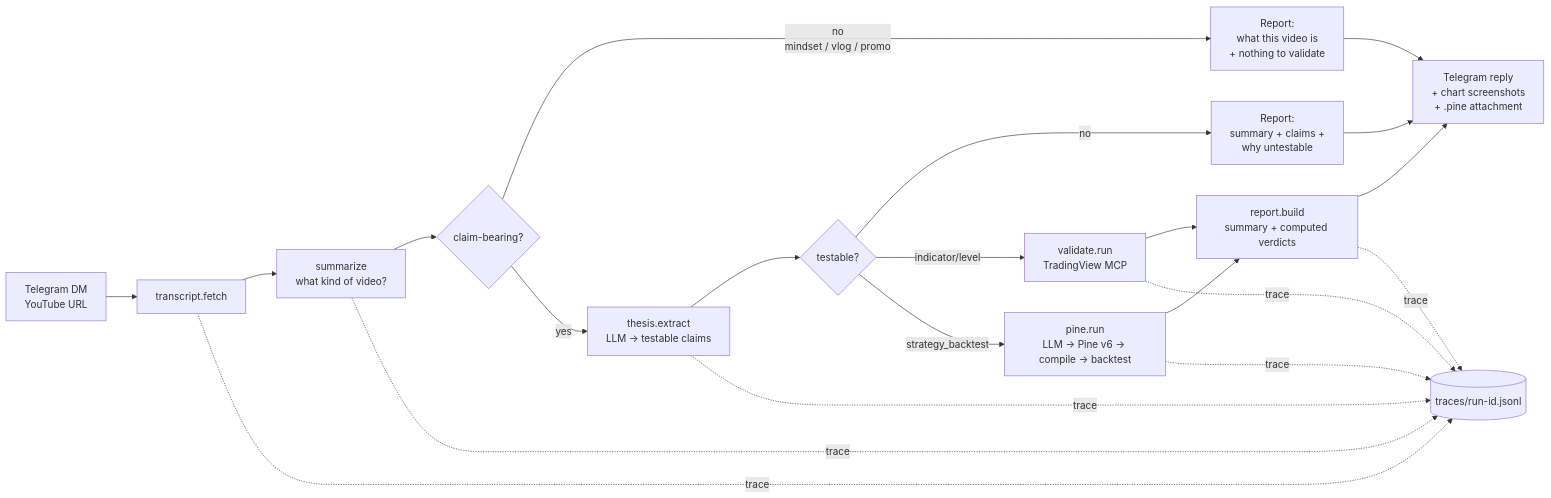
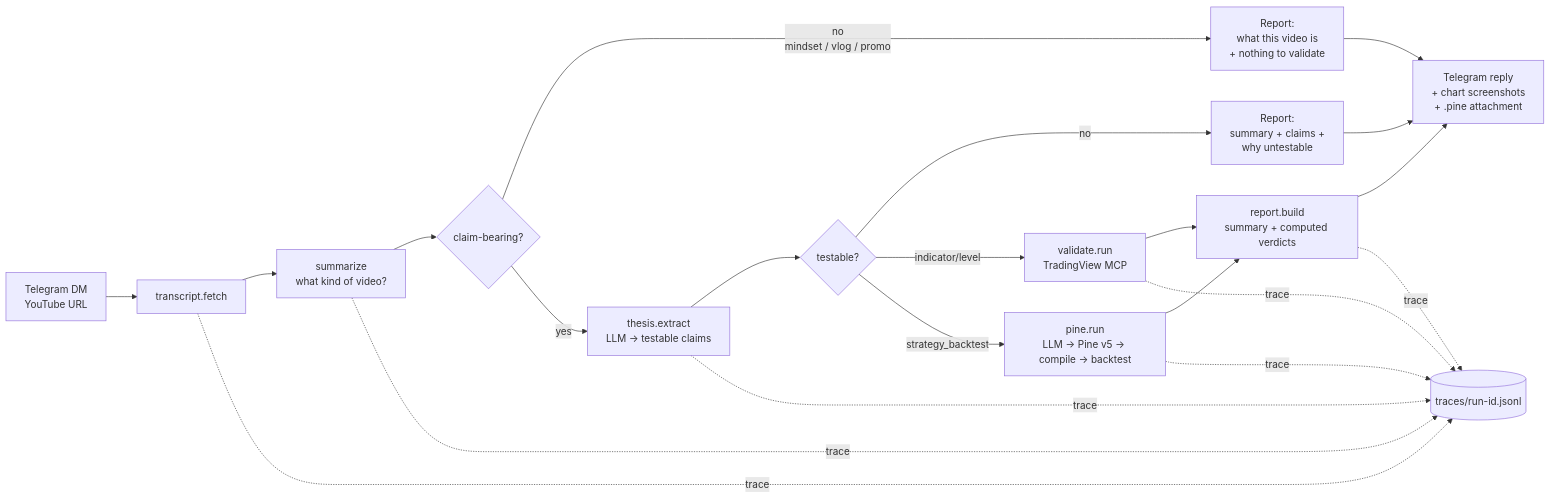
One commit to rsipavan/agent-research-lab changed the diagram in README.md. Above: the diagram before and after it, drawn with Mermaid. The commit also changed other lines of this file, not shown here.

````diff
--- a/README.md
+++ b/README.md
@@ -94,23 +121,23 @@
 ```mermaid
 flowchart LR
     A[Telegram DM<br/>YouTube URL] --> B[transcript.fetch]
     B --> S[summarize<br/>what kind of video?]
     S --> D0{claim-bearing?}
     D0 -- no<br/>mindset / vlog / promo --> R1[Report:<br/>what this video is<br/>+ nothing to validate]
     D0 -- yes --> C[thesis.extract<br/>LLM → testable claims]
     C --> D{testable?}
     D -- no --> R2[Report:<br/>summary + claims +<br/>why untestable]
     D -- indicator/level --> E[validate.run<br/>TradingView MCP]
-    D -- strategy_backtest --> P[pine.run<br/>LLM → Pine v6 → compile → backtest]
+    D -- strategy_backtest --> P[pine.run<br/>LLM → Pine v5 → compile → backtest]
     E --> F[report.build<br/>summary + computed verdicts]
     P --> F
     R1 --> G[Telegram reply<br/>+ chart screenshot]
     R2 --> G
     F --> G[Telegram reply<br/>+ chart screenshots<br/>+ .pine attachment]
     B -.trace.-> T[(traces/run-id.jsonl)]
     S -.trace.-> T
     C -.trace.-> T
     E -.trace.-> T
     P -.trace.-> T
     F -.trace.-> T
 ```
````
